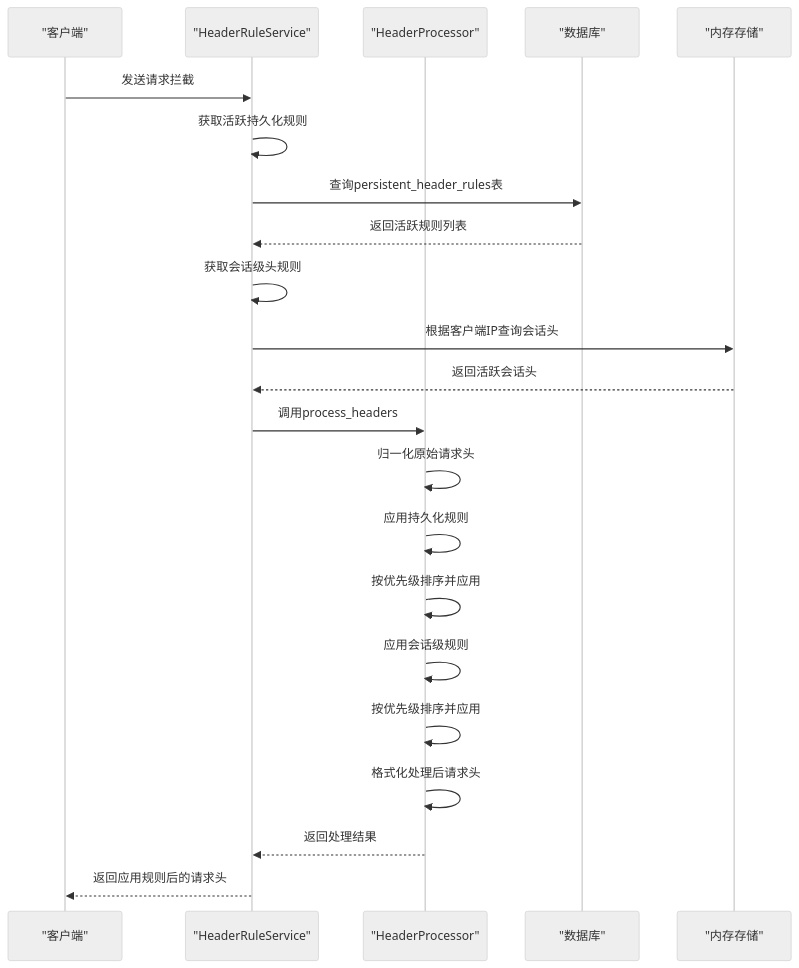
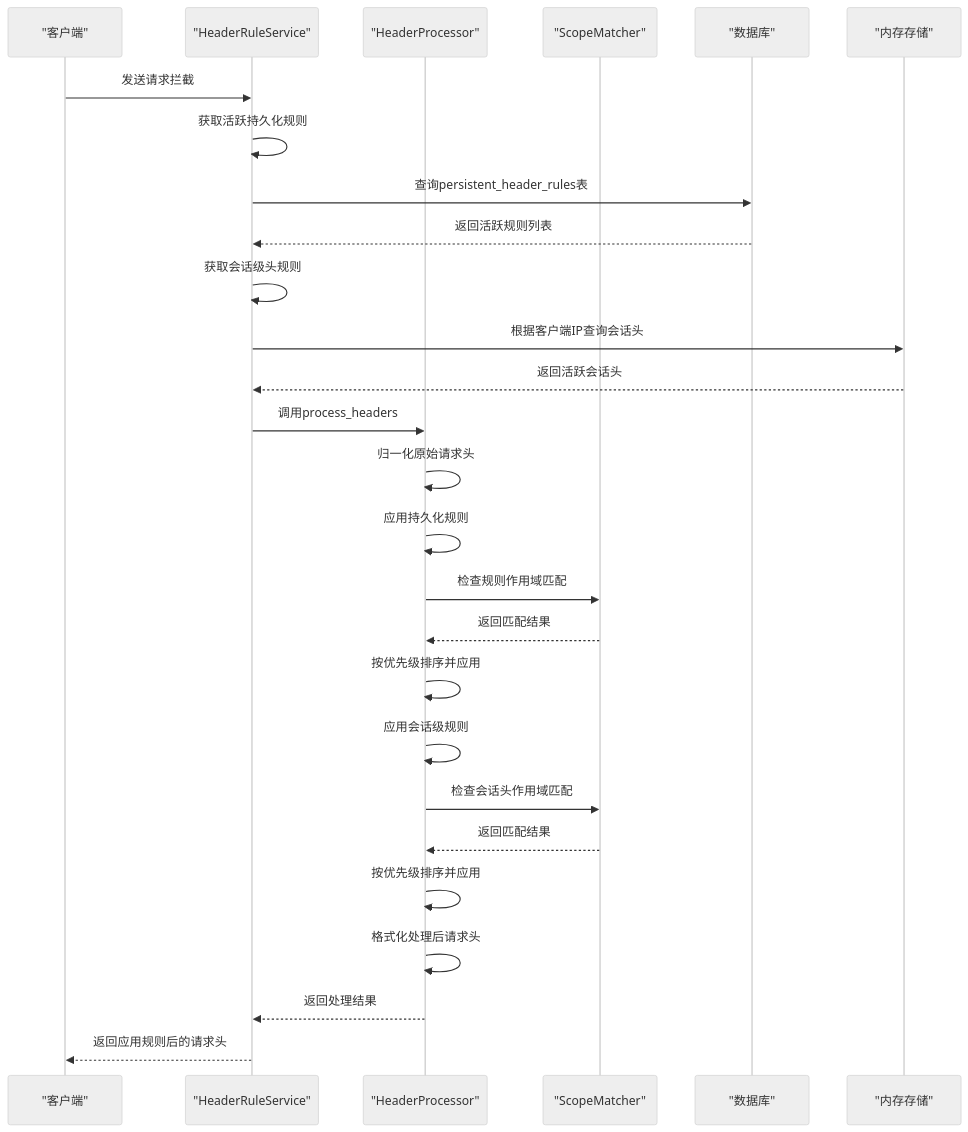
Before and after one commit to GitHubNull/sqlmapWebUI: the diagram in .qoder/repowiki/zh/content/业务逻辑层/头规则管理/头规则管理.md, drawn with Mermaid (neutral theme). The commit also changed other lines of this file and 6 other files, not shown here.

````diff
--- a/.qoder/repowiki/zh/content/业务逻辑层/头规则管理/头规则管理.md
+++ b/.qoder/repowiki/zh/content/业务逻辑层/头规则管理/头规则管理.md
@@ -204,24 +225,29 @@
 ```mermaid
 sequenceDiagram
 participant Client as "客户端"
 participant Service as "HeaderRuleService"
 participant Processor as "HeaderProcessor"
+participant Matcher as "ScopeMatcher"
 participant DB as "数据库"
 participant Memory as "内存存储"
 Client->>Service : 发送请求拦截
 Service->>Service : 获取活跃持久化规则
 Service->>DB : 查询persistent_header_rules表
 DB-->>Service : 返回活跃规则列表
 Service->>Service : 获取会话级头规则
 Service->>Memory : 根据客户端IP查询会话头
 Memory-->>Service : 返回活跃会话头
 Service->>Processor : 调用process_headers
 Processor->>Processor : 归一化原始请求头
 Processor->>Processor : 应用持久化规则
+Processor->>Matcher : 检查规则作用域匹配
+Matcher-->>Processor : 返回匹配结果
 Processor->>Processor : 按优先级排序并应用
 Processor->>Processor : 应用会话级规则
+Processor->>Matcher : 检查会话头作用域匹配
+Matcher-->>Processor : 返回匹配结果
 Processor->>Processor : 按优先级排序并应用
 Processor->>Processor : 格式化处理后请求头
 Processor-->>Service : 返回处理结果
 Service-->>Client : 返回应用规则后的请求头
 ```
````
